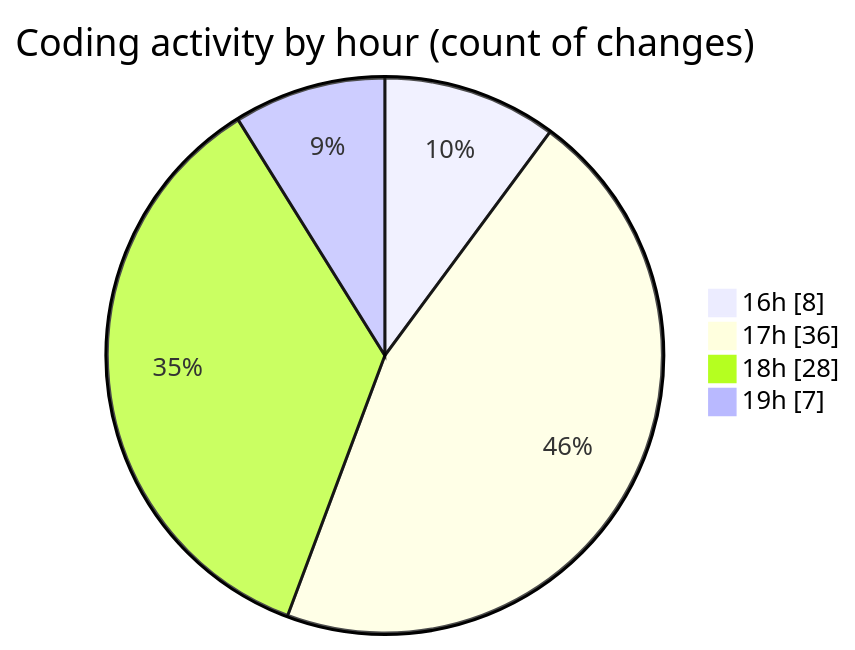
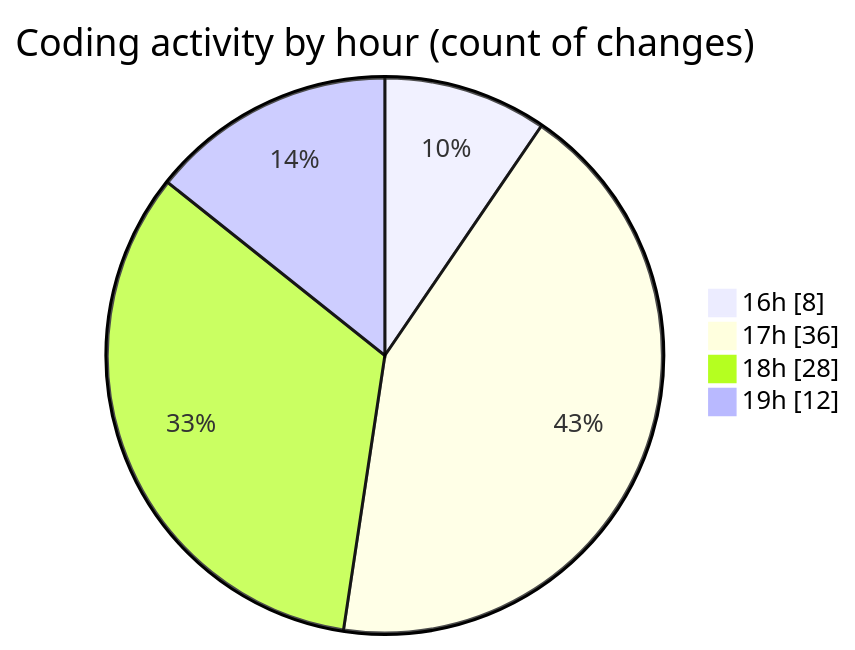
The second of 2 diagrams in 2025-01-08/mbc-web/README.md (robertbonfada/code-tracking), drawn with Mermaid before and after one commit. The commit also changed other lines of this file and 1 other file, not shown here.

````diff
--- a/2025-01-08/mbc-web/README.md
+++ b/2025-01-08/mbc-web/README.md
@@ -44,8 +44,8 @@
 ```mermaid
 pie showData
 title Coding activity by hour (count of changes)
 "16h" : 8
 "17h" : 36
 "18h" : 28
-"19h" : 7
+"19h" : 12
 ```
````
